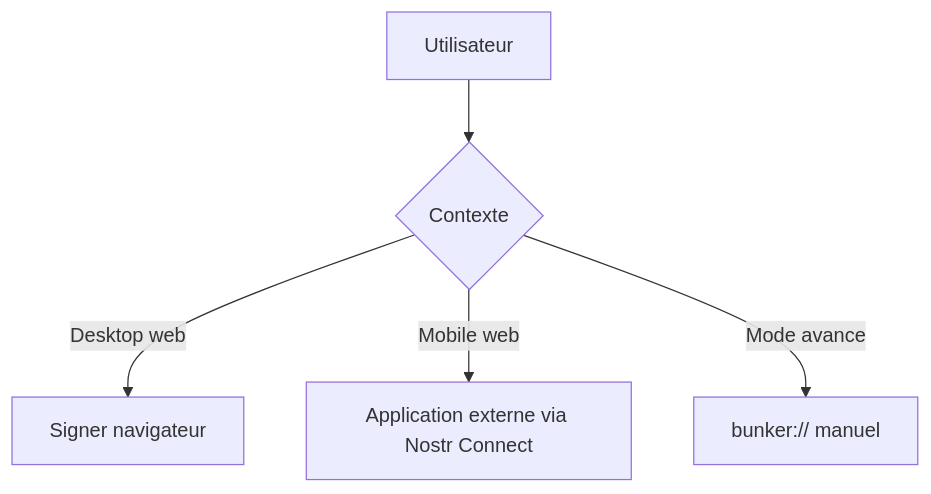
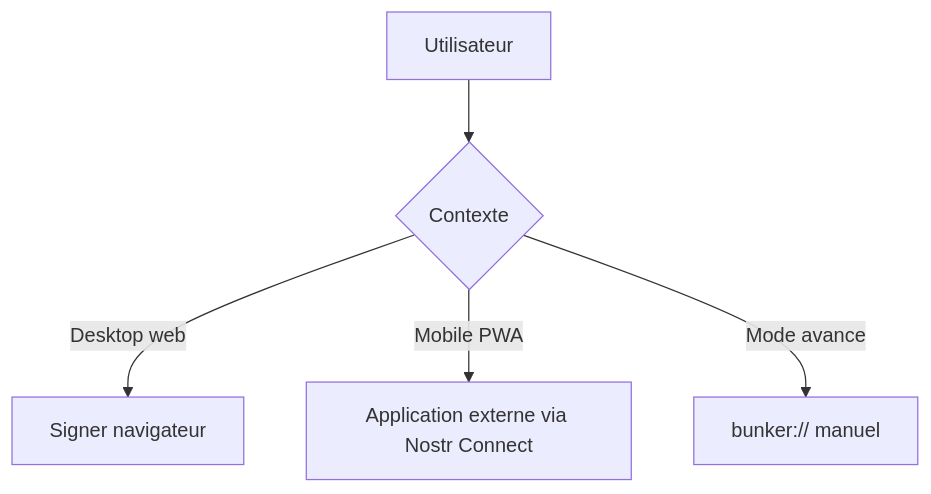
One commit to maxiim3/nostr-tools-ng-app changed the first of 3 diagrams in docs/product/specs/auth-mobile-web.md. Above: the diagram before and after it, drawn with Mermaid. The commit also changed other lines of this file and 10 other files, not shown here.

Commit message:
feat: simplify mobile pwa auth documentation scope

````diff
--- a/docs/product/specs/auth-mobile-web.md
+++ b/docs/product/specs/auth-mobile-web.md
@@ -47,7 +49,7 @@
 ```mermaid
 flowchart TD
   User[Utilisateur] --> Device{Contexte}
   Device -->|Desktop web| NIP07[Signer navigateur]
-  Device -->|Mobile web| ExternalApp[Application externe via Nostr Connect]
+  Device -->|Mobile PWA| ExternalApp[Application externe via Nostr Connect]
   Device -->|Mode avance| Bunker[bunker:// manuel]
 ```
````
